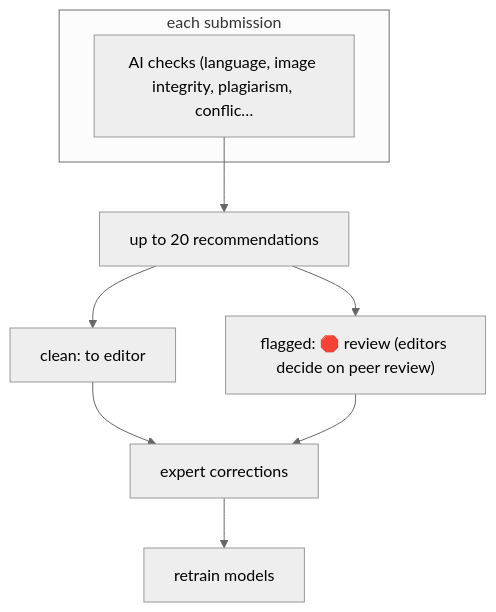
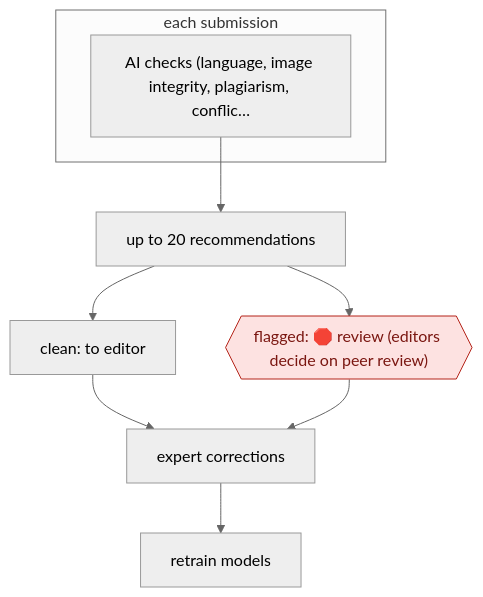
Before and after one commit to milesradford99/agent-workflow-atlas: the diagram in workflows/PRO/RES/PEER/submission-intake-screen/README.md, drawn with Mermaid (neutral theme). The commit also changed 171 other files, not shown here.

````diff
--- a/workflows/PRO/RES/PEER/submission-intake-screen/README.md
+++ b/workflows/PRO/RES/PEER/submission-intake-screen/README.md
@@ -31,18 +31,18 @@
 ```mermaid
 flowchart TD
   subgraph s1["each submission"]
   n2["AI checks (language, image integrity, plagiarism, conflic…"]
   end
   n3["up to 20 recommendations"]
+  n4["clean: to editor"]
+  n5{{"flagged: 🛑 review (editors decide on peer review)"}}:::stop
+  n6["expert corrections"]
+  n7["retrain models"]
   n2 --> n3
-  n4["clean: to editor"]
   n3 --> n4
-  n5["flagged: 🛑 review (editors decide on peer review)"]
   n3 --> n5
-  n6["expert corrections"]
   n4 --> n6
   n5 --> n6
-  n7["retrain models"]
   n6 --> n7
   classDef stop fill:#fde2e1,stroke:#b42318,color:#7a1610
 ```
````
